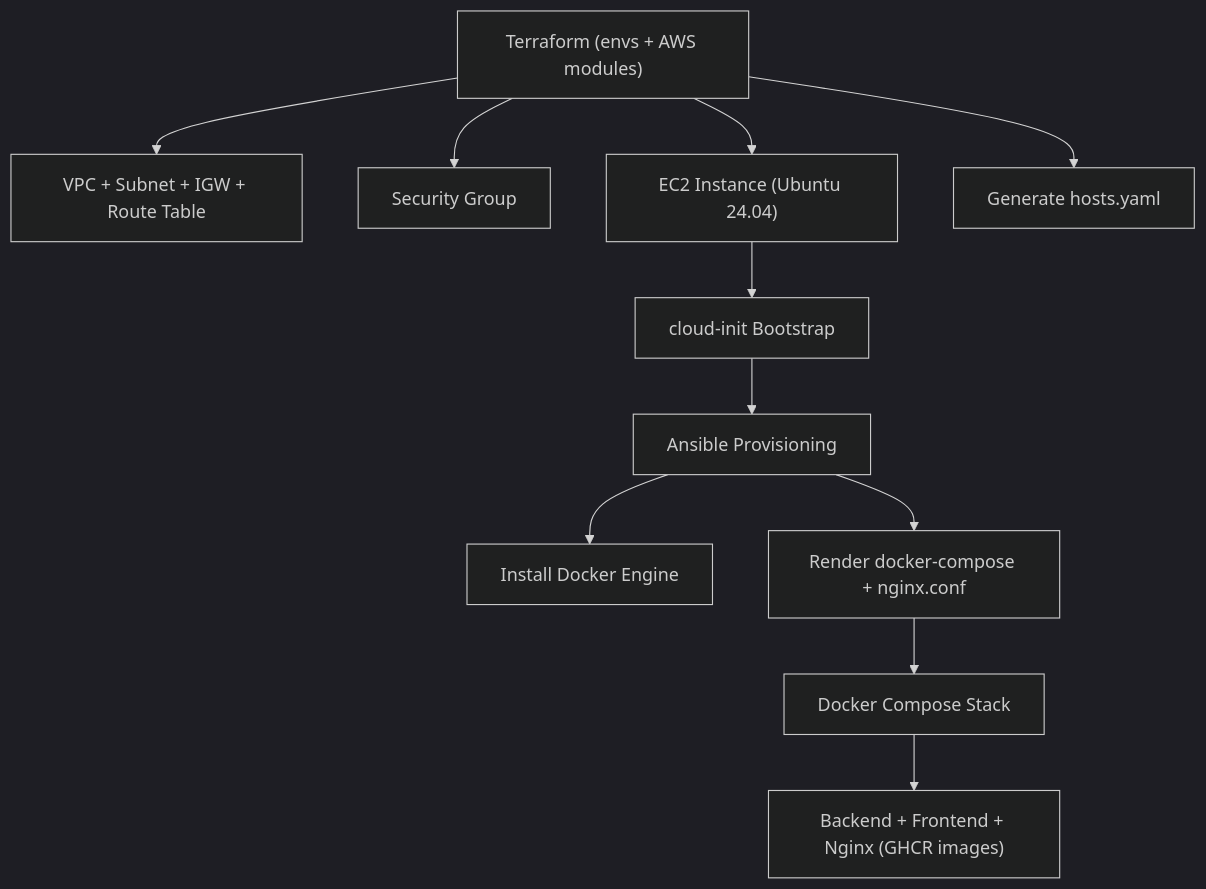
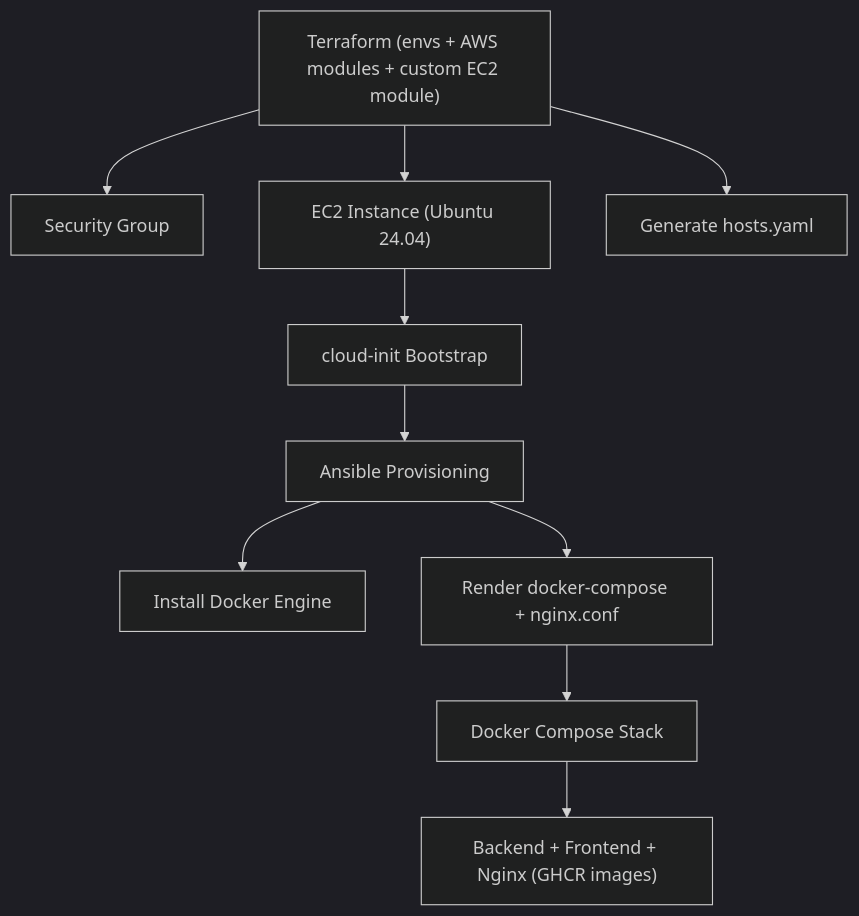
One commit to LaurisNeimanis/ccore-ai-infra changed the diagram in README.md. Above: the diagram before and after it, drawn with Mermaid (dark theme). The commit also changed other lines of this file and 2 other files, not shown here.

Commit message:
fix(docs): include missing diagrams and documentation

````diff
--- a/README.md
+++ b/README.md
@@ -69,16 +81,16 @@
 ```mermaid
 flowchart TD
-    A["Terraform (envs + AWS modules)"] --> B["VPC + Subnet + IGW + Route Table"]
+     A["Terraform (envs + AWS modules + custom EC2 module)"]
     A --> C[Security Group]
     A --> D["EC2 Instance (Ubuntu 24.04)"]
     A --> E[Generate hosts.yaml]
 
     D --> F[cloud-init Bootstrap]
     F --> G[Ansible Provisioning]
 
     G --> H[Install Docker Engine]
     G --> I[Render docker-compose + nginx.conf]
 
     I --> J[Docker Compose Stack]
     J --> K["Backend + Frontend + Nginx (GHCR images)"]
 ```
````
